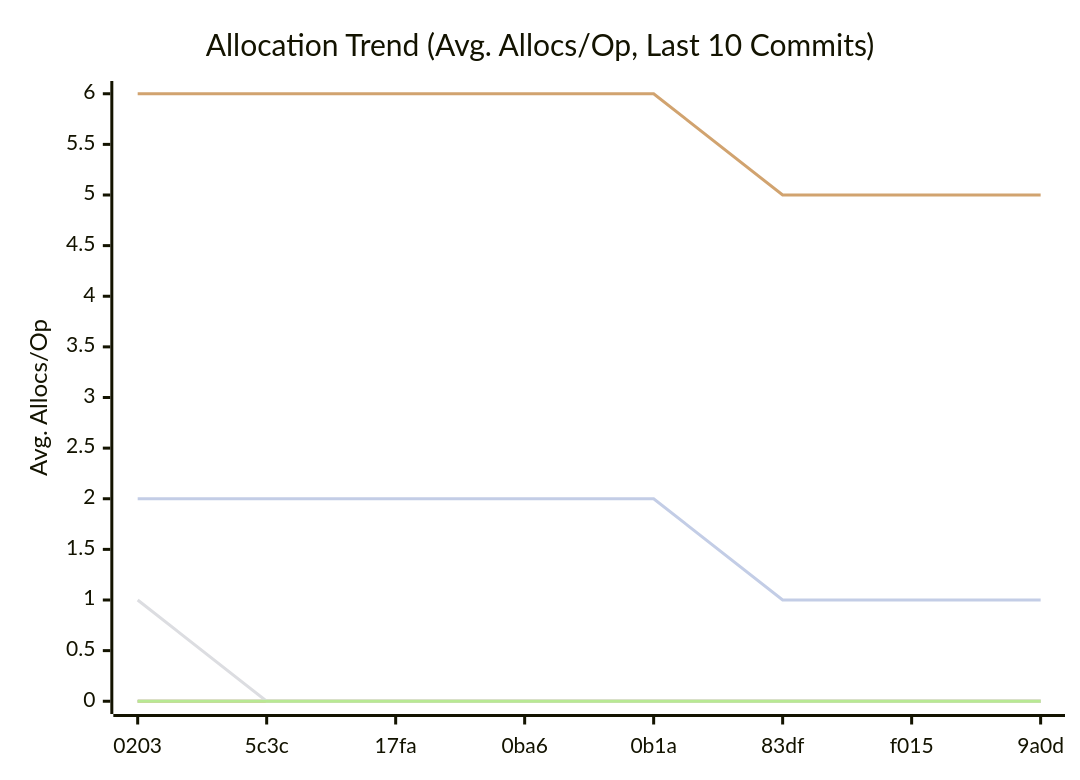
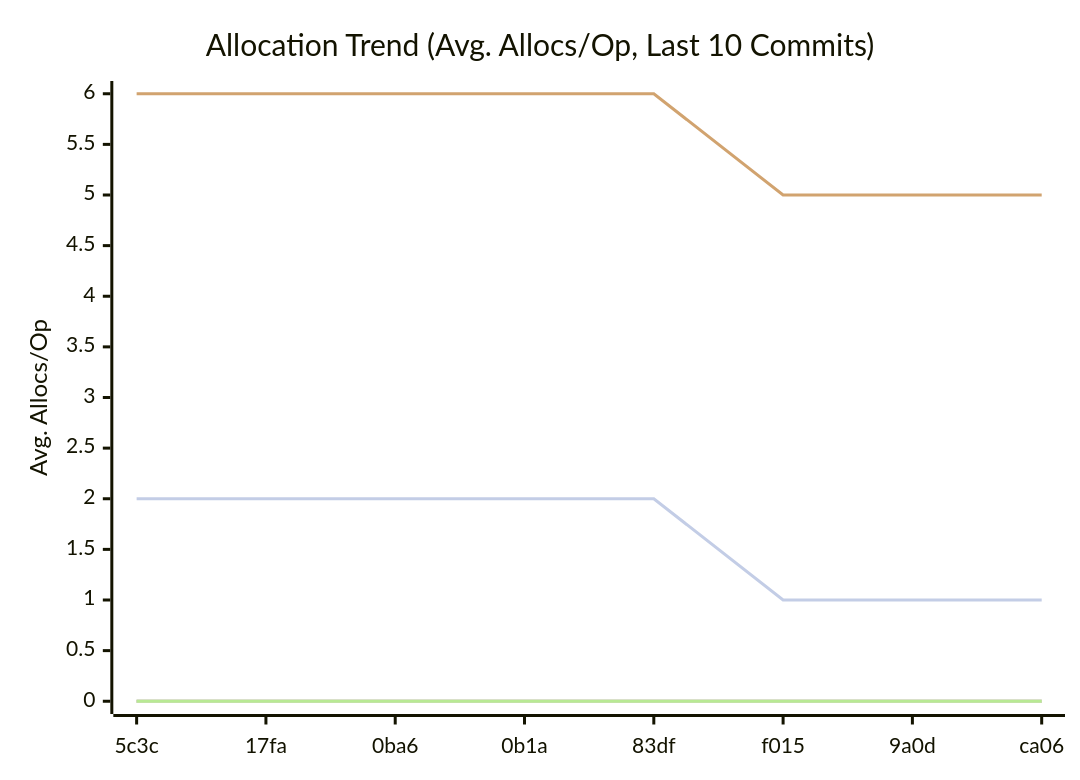
Before and after one commit to alsotoes/momo: the third of 3 diagrams in docs/README.md, drawn with Mermaid. The commit also changed other lines of this file and 1 other file, not shown here.

````diff
--- a/docs/README.md
+++ b/docs/README.md
@@ -218,14 +218,14 @@
 ```mermaid
 xychart-beta
     title "Allocation Trend (Avg. Allocs/Op, Last 10 Commits)"
     x-axis "Commit"
     y-axis "Avg. Allocs/Op"
-    x-axis [0203,5c3c,17fa,0ba6,0b1a,83df,f015,9a0d]
+    x-axis [5c3c,17fa,0ba6,0b1a,83df,f015,9a0d,ca06]
     line "CheckMetricsAndSwap" [0,0,0,0,0,0,0,0,0,0]
     line "IndexDirectTracking" [0,0,0,0,0,0,0,0,0,0]
     line "IndexSearch" [0,0,0,0,0,0,0,0,0,0]
-    line "LoadGlobalConfig" [1,0,0,0,0,0,0,0,0,0]
+    line "LoadGlobalConfig" [0,0,0,0,0,0,0,0,0,0]
     line "PadString" [0,0,0,0,0,0,0,0,0,0]
     line "ParseReplicationOrder_NoPrealloc" [6,6,6,6,6,5,5,5,5,5]
     line "ParseReplicationOrder_Prealloc" [2,2,2,2,2,1,1,1,1,1]
 ```
````
